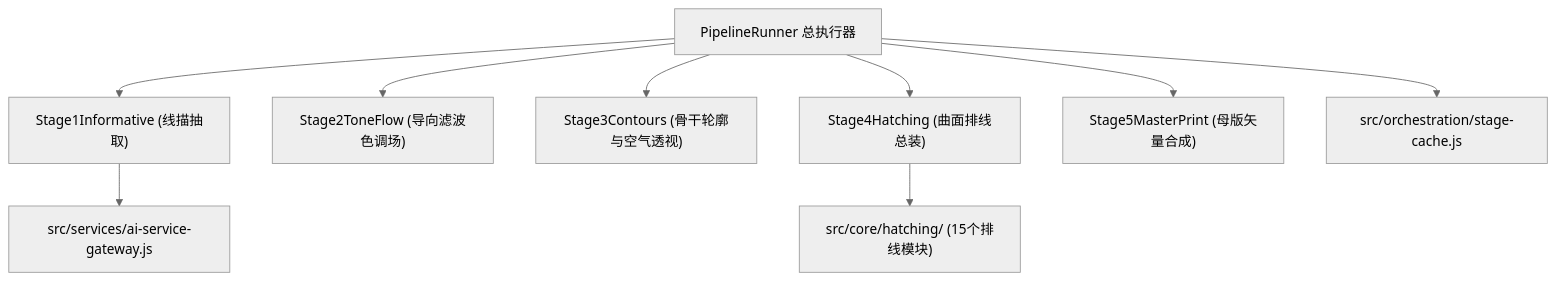
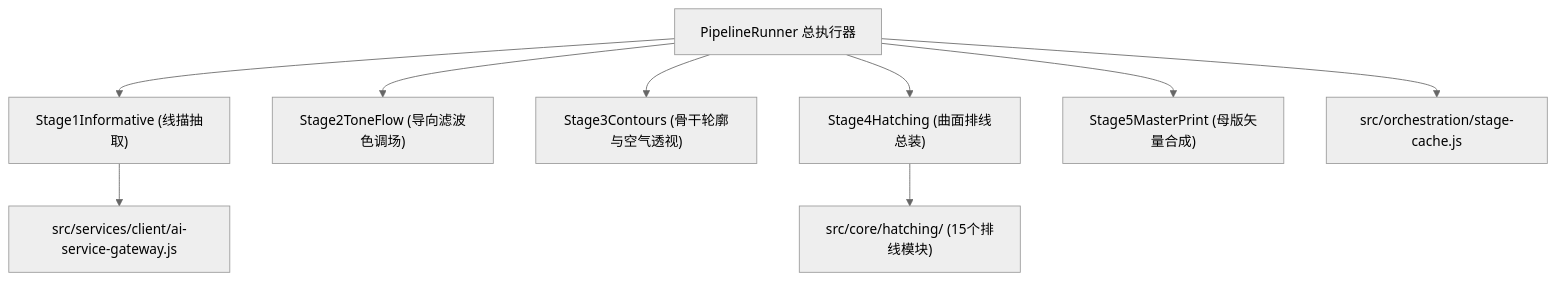
Before and after one commit to gongzhimin/Etchloom: the first of 2 diagrams in src/core/docs/ARCHITECTURE.md, drawn with Mermaid (neutral theme). The commit also changed 1 other file, not shown here.

Commit message:
docs: align ai-service-gateway path references with client directory structure

````diff
--- a/src/core/docs/ARCHITECTURE.md
+++ b/src/core/docs/ARCHITECTURE.md
@@ -10,19 +10,19 @@
 ```mermaid
 graph TD
     Runner["PipelineRunner 总执行器"]
     S1["Stage1Informative (线描抽取)"]
     S2["Stage2ToneFlow (导向滤波色调场)"]
     S3["Stage3Contours (骨干轮廓与空气透视)"]
     S4["Stage4Hatching (曲面排线总装)"]
     S5["Stage5MasterPrint (母版矢量合成)"]
     HatchingSub["src/core/hatching/ (15个排线模块)"]
-    Gateway["src/services/ai-service-gateway.js"]
+    Gateway["src/services/client/ai-service-gateway.js"]
     Cache["src/orchestration/stage-cache.js"]
 
     Runner --> Cache
     Runner --> S1 --> Gateway
     Runner --> S2
     Runner --> S3
     Runner --> S4 --> HatchingSub
     Runner --> S5
 ```
````
